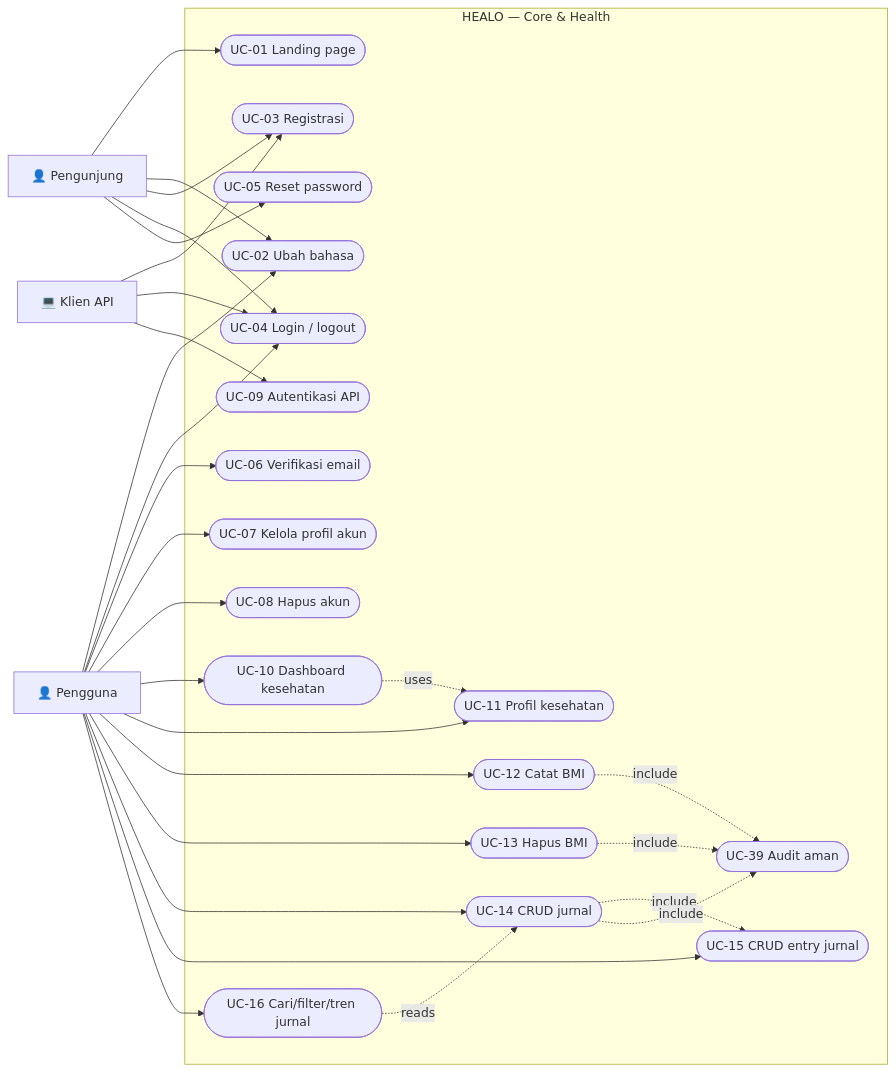
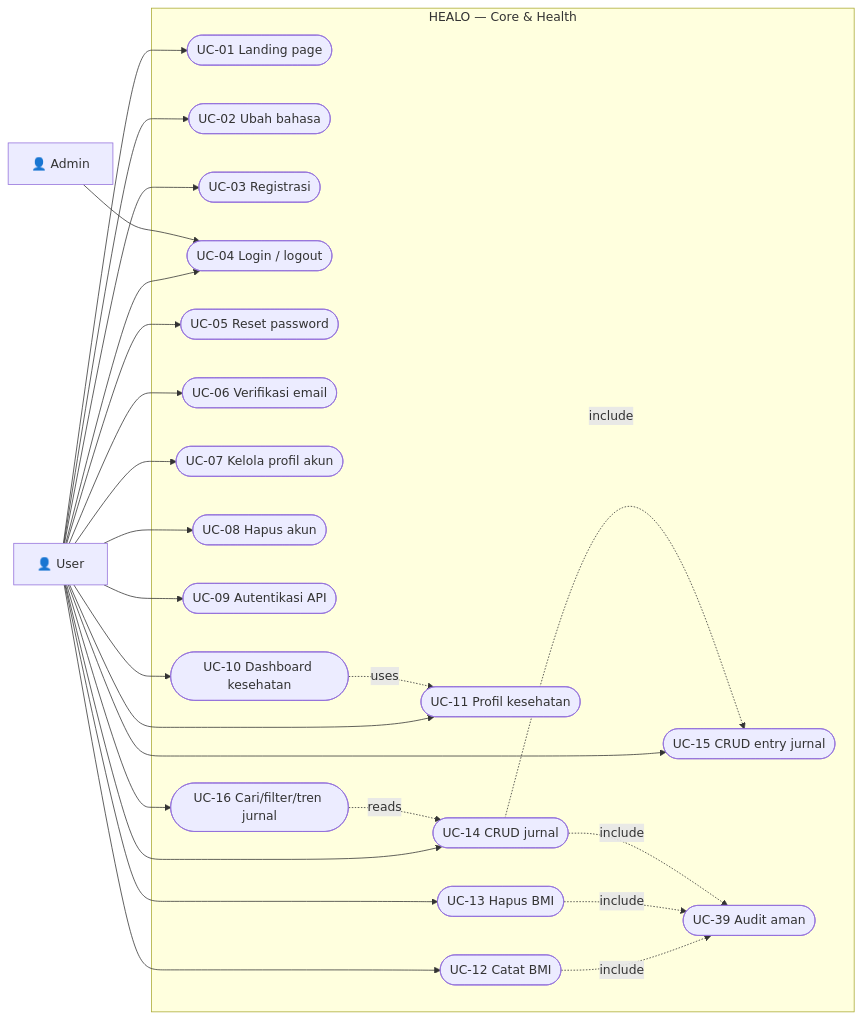
The second of 6 diagrams in docs/system-analysis/04-use-case-diagrams.md (Daffa-Qiao/Healo), drawn with Mermaid before and after one commit. The commit also changed other lines of this file and 4 other files, not shown here.

Commit message:
renew diagram

````diff
--- a/docs/system-analysis/04-use-case-diagrams.md
+++ b/docs/system-analysis/04-use-case-diagrams.md
@@ -50,53 +43,49 @@
 ```mermaid
 flowchart LR
-    Guest[👤 Pengunjung]
-    User[👤 Pengguna]
-    Api[💻 Klien API]
+    User[👤 User]
+    Admin[👤 Admin]
 
     subgraph HEALO[HEALO — Core & Health]
         UC01([UC-01 Landing page])
         UC02([UC-02 Ubah bahasa])
         UC03([UC-03 Registrasi])
         UC04([UC-04 Login / logout])
         UC05([UC-05 Reset password])
         UC06([UC-06 Verifikasi email])
         UC07([UC-07 Kelola profil akun])
         UC08([UC-08 Hapus akun])
         UC09([UC-09 Autentikasi API])
         UC10([UC-10 Dashboard kesehatan])
         UC11([UC-11 Profil kesehatan])
         UC12([UC-12 Catat BMI])
         UC13([UC-13 Hapus BMI])
         UC14([UC-14 CRUD jurnal])
         UC15([UC-15 CRUD entry jurnal])
         UC16([UC-16 Cari/filter/tren jurnal])
         UC39([UC-39 Audit aman])
     end
 
-    Guest --> UC01
-    Guest --> UC02
-    Guest --> UC03
-    Guest --> UC04
-    Guest --> UC05
+    User --> UC01
+    User --> UC03
+    User --> UC05
     User --> UC02
     User --> UC04
     User --> UC06
     User --> UC07
     User --> UC08
     User --> UC10
     User --> UC11
     User --> UC12
     User --> UC13
     User --> UC14
     User --> UC15
     User --> UC16
-    Api --> UC03
-    Api --> UC04
-    Api --> UC09
+    User --> UC09
+    Admin --> UC04
     UC10 -. uses .-> UC11
     UC14 -. include .-> UC15
     UC16 -. reads .-> UC14
     UC12 -. include .-> UC39
     UC13 -. include .-> UC39
     UC14 -. include .-> UC39
 ```
````
